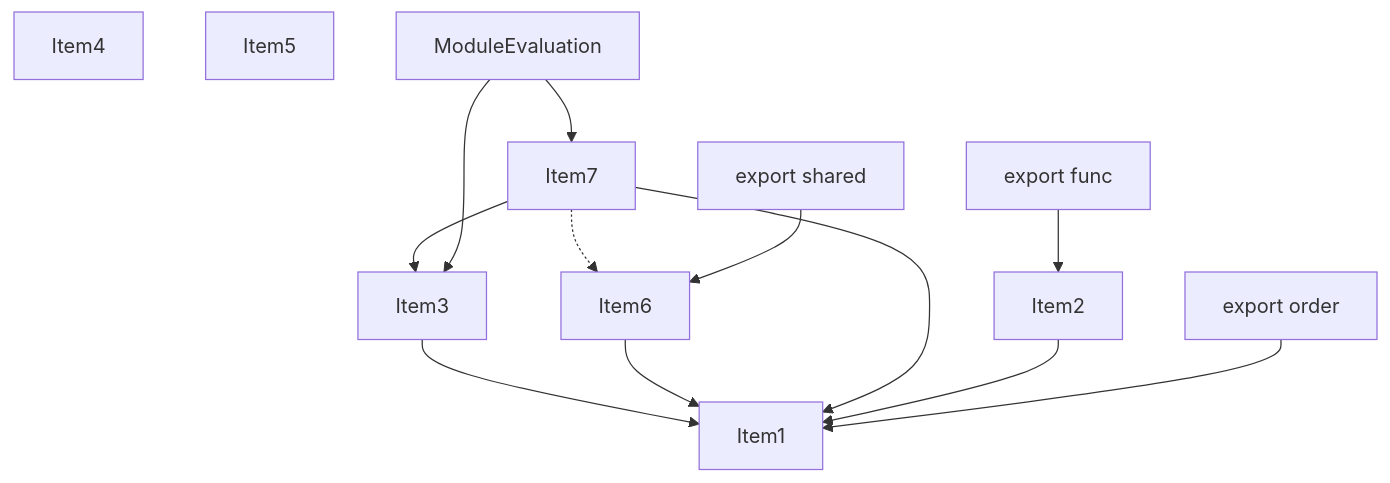
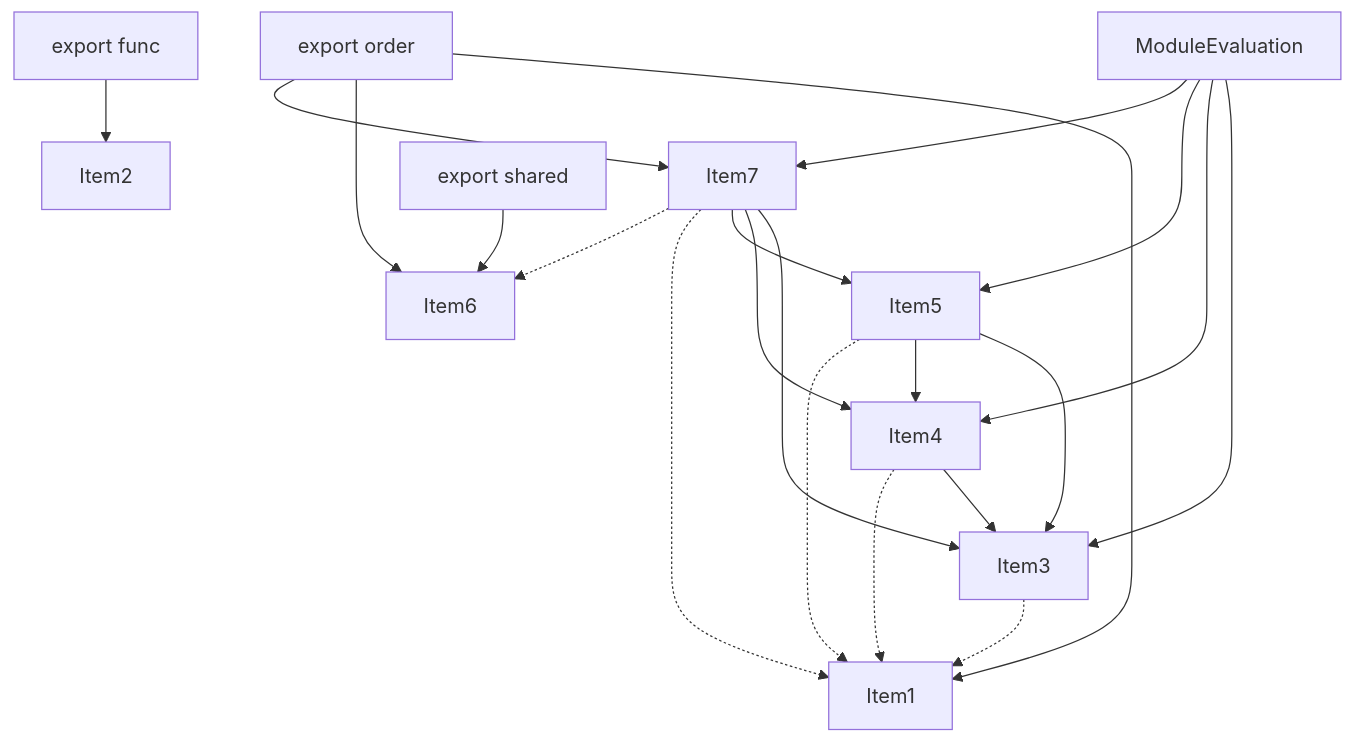
The fourth of 5 diagrams in crates/turbopack-ecmascript/tests/tree-shaker/analyzer/write-order/output.md (vercel/turborepo), drawn with Mermaid before and after one commit. The commit also changed other lines of this file and 12 other files, not shown here.

````diff
--- a/crates/turbopack-ecmascript/tests/tree-shaker/analyzer/write-order/output.md
+++ b/crates/turbopack-ecmascript/tests/tree-shaker/analyzer/write-order/output.md
@@ -153,29 +165,38 @@
 ```mermaid
 graph TD
     Item1;
     Item2;
     Item3;
     Item4;
     Item5;
     Item6;
     Item7;
     Item8;
     Item8["ModuleEvaluation"];
     Item9;
     Item9["export order"];
     Item10;
     Item10["export func"];
     Item11;
     Item11["export shared"];
-    Item3 --> Item1;
-    Item6 --> Item1;
-    Item7 --> Item1;
+    Item3 -.-> Item1;
+    Item4 --> Item3;
+    Item4 -.-> Item1;
+    Item5 --> Item3;
+    Item5 --> Item4;
+    Item5 -.-> Item1;
     Item7 --> Item3;
+    Item7 --> Item4;
+    Item7 --> Item5;
+    Item7 -.-> Item1;
     Item7 -.-> Item6;
-    Item2 --> Item1;
     Item8 --> Item3;
+    Item8 --> Item4;
+    Item8 --> Item5;
     Item8 --> Item7;
     Item9 --> Item1;
+    Item9 --> Item6;
+    Item9 --> Item7;
     Item10 --> Item2;
     Item11 --> Item6;
 ```
````
